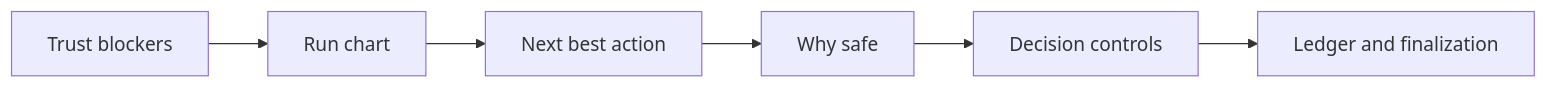
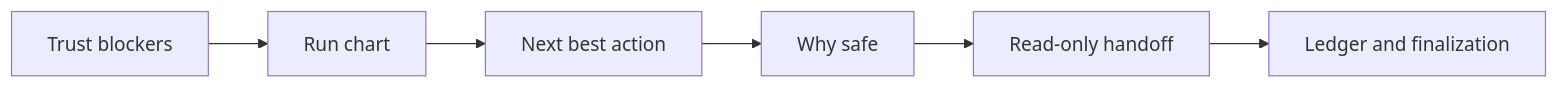
One commit to TheGreenCedar/codex-autoresearch changed the fifth of 5 diagrams in plugins/codex-autoresearch/docs/workflows.md. Above: the diagram before and after it, drawn with Mermaid. The commit also changed other lines of this file and 49 other files, not shown here.

````diff
--- a/plugins/codex-autoresearch/docs/workflows.md
+++ b/plugins/codex-autoresearch/docs/workflows.md
@@ -75,8 +75,8 @@
 ```mermaid
 flowchart LR
   A["Trust blockers"] --> B["Run chart"]
   B --> C["Next best action"]
   C --> D["Why safe"]
-  D --> E["Decision controls"]
+  D --> E["Read-only handoff"]
   E --> F["Ledger and finalization"]
 ```
````
